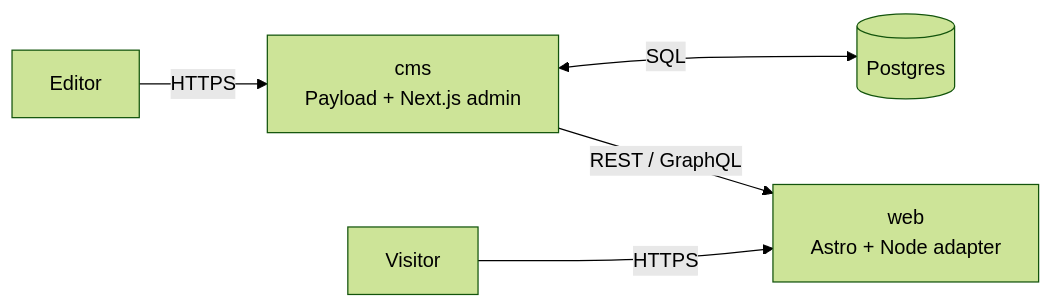
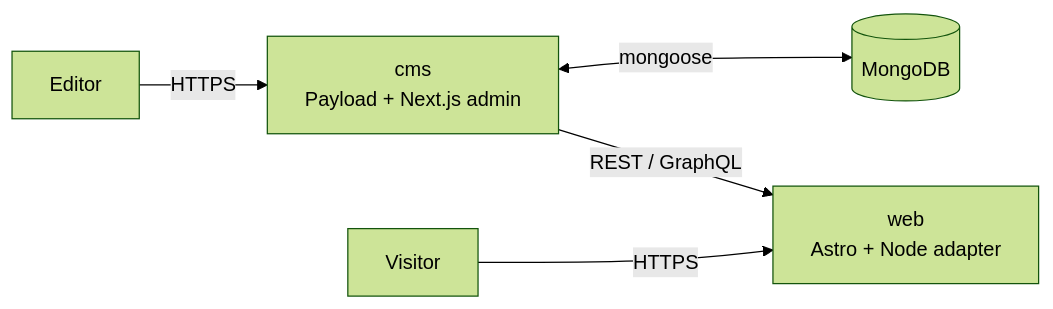
One commit to woerndl/astroload changed the diagram in docs/astroload/architecture.md. Above: the diagram before and after it, drawn with Mermaid (forest theme). The commit also changed 13 other files, not shown here.

Commit message:
feat(cms)!: default to MongoDB

````diff
--- a/docs/astroload/architecture.md
+++ b/docs/astroload/architecture.md
@@ -16,7 +16,7 @@
 ```mermaid
 flowchart LR
     Editor -->|HTTPS| CMS["cms<br/>Payload + Next.js admin"]
-    CMS <-->|SQL| Postgres[(Postgres)]
+    CMS <-->|mongoose| Mongo[(MongoDB)]
     CMS -->|REST / GraphQL| Web["web<br/>Astro + Node adapter"]
     Visitor -->|HTTPS| Web
 ```
````
